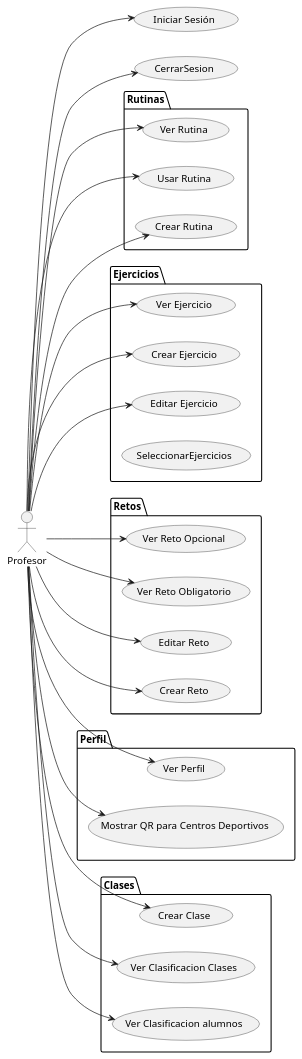
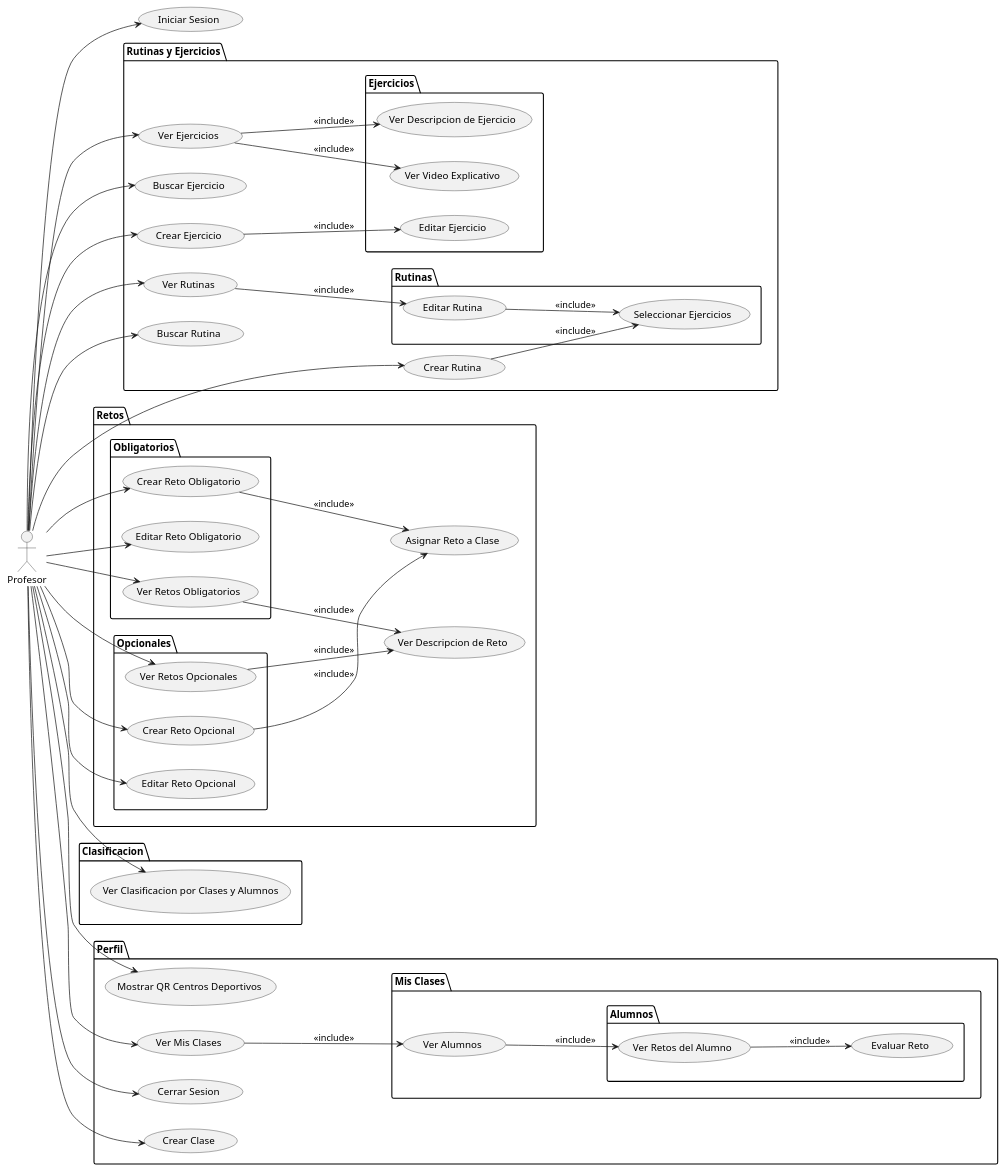
One commit to mmasias/24-25-IdSw1-SDR changed the diagram in Documentos/CasosUso/CdU_Profesor.puml. Above: the diagram before and after it, drawn with PlantUML.

```diff
--- a/Documentos/CasosUso/CdU_Profesor.puml
+++ b/Documentos/CasosUso/CdU_Profesor.puml
@@ -1,54 +1,100 @@
+@startuml
 left to right direction
 actor Profesor
 
-package Rutinas{
-    usecase "Ver Rutina" as VerRutina
-    usecase "Usar Rutina" as UsarRutinas
-    usecase "Crear Rutina" as CrearRutinaPersonalizada
+package "Rutinas y Ejercicios" {
+    usecase "Ver Rutinas" as VerRutinas
+    usecase "Buscar Rutina" as BuscarRutina
+    usecase "Crear Rutina" as CrearRutina
+    usecase "Ver Ejercicios" as VerEjercicios
+    usecase "Buscar Ejercicio" as BuscarEjercicio
+    usecase "Crear Ejercicio" as CrearEjercicio
+
+    package "Rutinas" {
+        usecase "Editar Rutina" as EditarRutina
+        usecase "Seleccionar Ejercicios" as SeleccionarEjercicios
+    }
+
+    package "Ejercicios" {
+        usecase "Editar Ejercicio" as EditarEjercicio
+        usecase "Ver Video Explicativo" as VerVideoExplicativo
+        usecase "Ver Descripcion de Ejercicio" as VerDescripcionEjercicio
+    }
 }
 
-package Ejercicios{
-    usecase "Ver Ejercicio" as VerEjercicio
-    usecase "Crear Ejercicio" as CrearEjercicio
-    usecase "Editar Ejercicio" as EditarEjercicio
-    usecase "SeleccionarEjercicios" as SeleccionarEjercicios
+package Retos {
+    package "Obligatorios" {
+        usecase "Ver Retos Obligatorios" as VerRetosObligatorios
+        usecase "Crear Reto Obligatorio" as CrearRetoObligatorio
+        usecase "Editar Reto Obligatorio" as EditarRetoObligatorio
+    }
+
+    package "Opcionales" {
+        usecase "Ver Retos Opcionales" as VerRetosOpcionales
+        usecase "Crear Reto Opcional" as CrearRetoOpcional
+        usecase "Editar Reto Opcional" as EditarRetoOpcional
+    }
+
+    usecase "Ver Descripcion de Reto" as VerDescripcionReto
+    usecase "Asignar Reto a Clase" as AsignarRetoAClase
 }
 
-package Retos{
-    usecase "Ver Reto Opcional" as RetoOpcional
-    usecase "Ver Reto Obligatorio" as RetoObligatorio
-    usecase "Editar Reto" as EditarReto
-    usecase "Crear Reto" as CrearReto
+package Clasificacion {
+    usecase "Ver Clasificacion por Clases y Alumnos" as VerClasificacionPorClasesYAlumnos
 }
 
 package Perfil {
-    usecase "Ver Perfil" as VerPerfil
-    usecase "Mostrar QR para Centros Deportivos " as MostrarQR
+    usecase "Cerrar Sesion" as CerrarSesion
+    usecase "Crear Clase" as CrearClase
+    usecase "Mostrar QR Centros Deportivos" as MostrarQRCentros
+    usecase "Ver Mis Clases" as VerMisClases
+
+    package "Mis Clases" {
+        usecase "Ver Alumnos" as VerAlumnosEnClase
+
+        package "Alumnos" {
+            usecase "Ver Retos del Alumno" as VerRetosDelAlumno
+            usecase "Evaluar Reto" as EvaluarReto
+        }
+    }
 }
 
-package Clases{
-    usecase "Crear Clase" as CrearClase
-    usecase "Ver Clasificacion Clases" as VerClasificacionClases
-    usecase "Ver Clasificacion alumnos" as VerClasificacionAlumnos
-}
-
-usecase "Iniciar Sesión" as IniciarSesion
-usecase "CerrarSesion" as CerrarSesion
+usecase "Iniciar Sesion" as IniciarSesion
 
 Profesor --> IniciarSesion
-Profesor --> UsarRutinas
-Profesor --> CrearRutinaPersonalizada
-Profesor --> VerEjercicio
-Profesor --> RetoOpcional
-Profesor --> RetoObligatorio
-Profesor --> CrearReto
+Profesor --> VerRutinas
+Profesor --> BuscarRutina
+Profesor --> CrearRutina
+Profesor --> VerEjercicios
+Profesor --> BuscarEjercicio
 Profesor --> CrearEjercicio
-Profesor --> VerClasificacionAlumnos
-Profesor --> EditarReto
-Profesor --> VerClasificacionClases
-Profesor --> VerPerfil
-Profesor --> MostrarQR
+Profesor --> VerRetosObligatorios
+Profesor --> CrearRetoObligatorio
+Profesor --> EditarRetoObligatorio
+Profesor --> VerRetosOpcionales
+Profesor --> CrearRetoOpcional
+Profesor --> EditarRetoOpcional
+Profesor --> VerClasificacionPorClasesYAlumnos
+Profesor --> CerrarSesion
 Profesor --> CrearClase
-Profesor --> CerrarSesion
-Profesor --> VerRutina
-Profesor --> EditarEjercicio
+Profesor --> MostrarQRCentros
+Profesor --> VerMisClases
+
+VerRutinas --> EditarRutina : <<include>>
+EditarRutina --> SeleccionarEjercicios : <<include>>
+
+CrearRutina --> SeleccionarEjercicios : <<include>>
+
+VerEjercicios --> VerVideoExplicativo : <<include>>
+VerEjercicios --> VerDescripcionEjercicio : <<include>>
+CrearEjercicio --> EditarEjercicio : <<include>>
+
+VerRetosObligatorios --> VerDescripcionReto : <<include>>
+VerRetosOpcionales --> VerDescripcionReto : <<include>>
+CrearRetoObligatorio --> AsignarRetoAClase : <<include>>
+CrearRetoOpcional --> AsignarRetoAClase : <<include>>
+
+VerMisClases --> VerAlumnosEnClase : <<include>>
+VerAlumnosEnClase --> VerRetosDelAlumno : <<include>>
+VerRetosDelAlumno --> EvaluarReto : <<include>>
+@enduml
```
